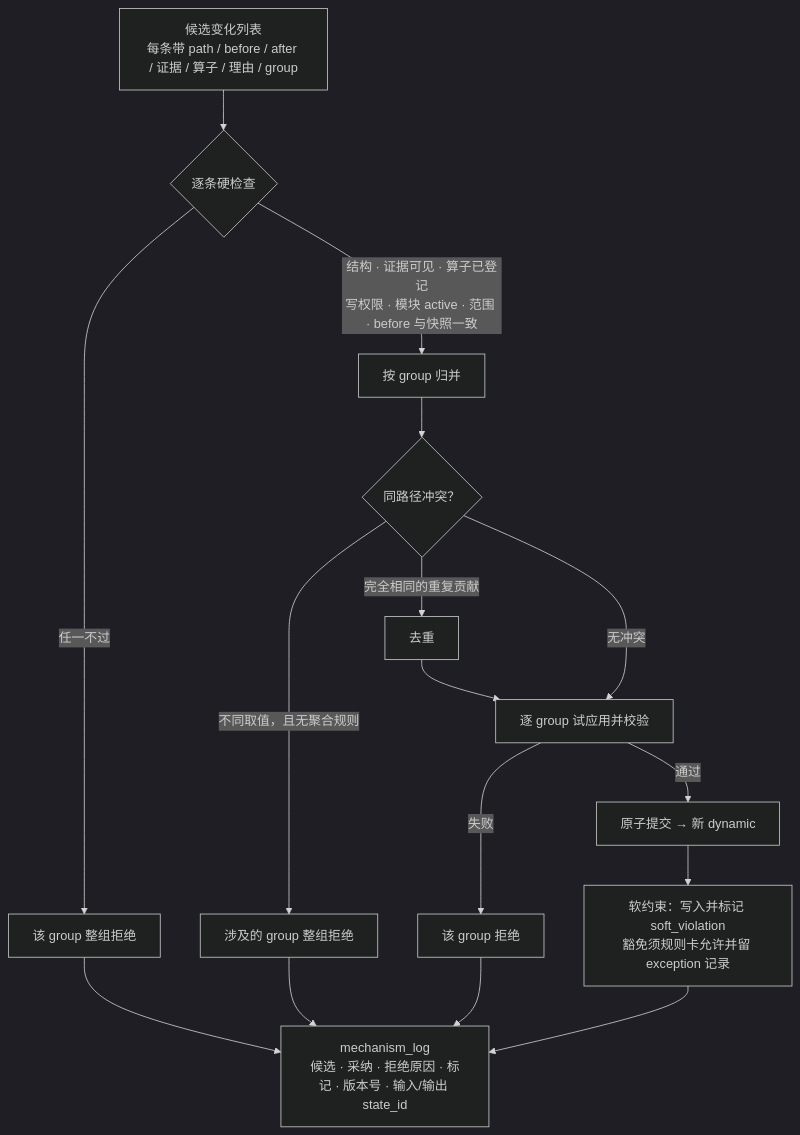
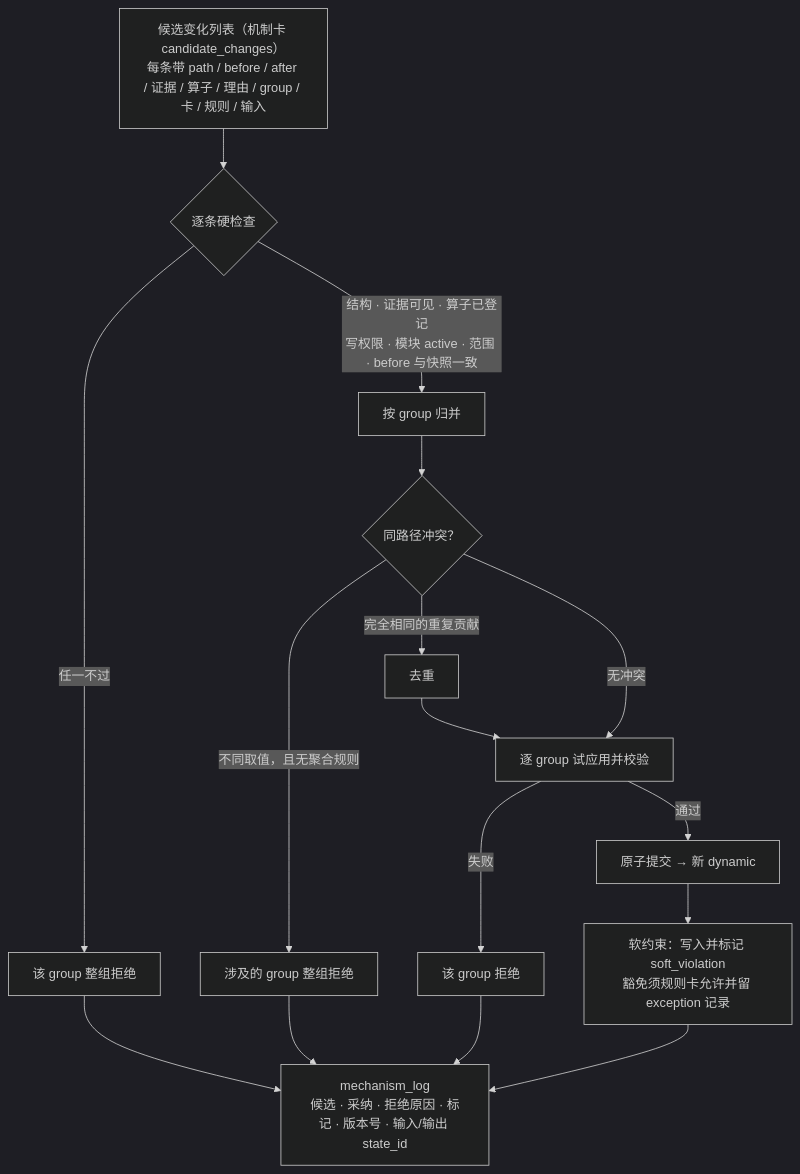
One commit to piersalei/RoleSimulationFramework changed the fourth of 5 diagrams in docs/07-architecture.md. Above: the diagram before and after it, drawn with Mermaid (dark theme). The commit also changed other lines of this file and 25 other files, not shown here.

````diff
--- a/docs/07-architecture.md
+++ b/docs/07-architecture.md
@@ -182,18 +189,18 @@
 ```mermaid
 flowchart TB
-  C["候选变化列表<br/>每条带 path / before / after / 证据 / 算子 / 理由 / group"] --> H{"逐条硬检查"}
+  C["候选变化列表（机制卡 candidate_changes）<br/>每条带 path / before / after / 证据 / 算子 / 理由 / group / 卡 / 规则 / 输入"] --> H{"逐条硬检查"}
   H -- "结构 · 证据可见 · 算子已登记<br/>写权限 · 模块 active · 范围 · before 与快照一致" --> G["按 group 归并"]
   H -- 任一不过 --> R1["该 group 整组拒绝"]
   G --> K{"同路径冲突？"}
   K -- "完全相同的重复贡献" --> D["去重"]
   K -- "不同取值，且无聚合规则" --> R2["涉及的 group 整组拒绝"]
   D --> P["逐 group 试应用并校验"]
   K -- 无冲突 --> P
   P -- 通过 --> OK["原子提交 → 新 dynamic"]
   P -- 失败 --> R3["该 group 拒绝"]
   OK --> F["软约束：写入并标记 soft_violation<br/>豁免须规则卡允许并留 exception 记录"]
   R1 --> LOG["mechanism_log<br/>候选 · 采纳 · 拒绝原因 · 标记 · 版本号 · 输入/输出 state_id"]
   R2 --> LOG
   R3 --> LOG
   F --> LOG
 ```
````
